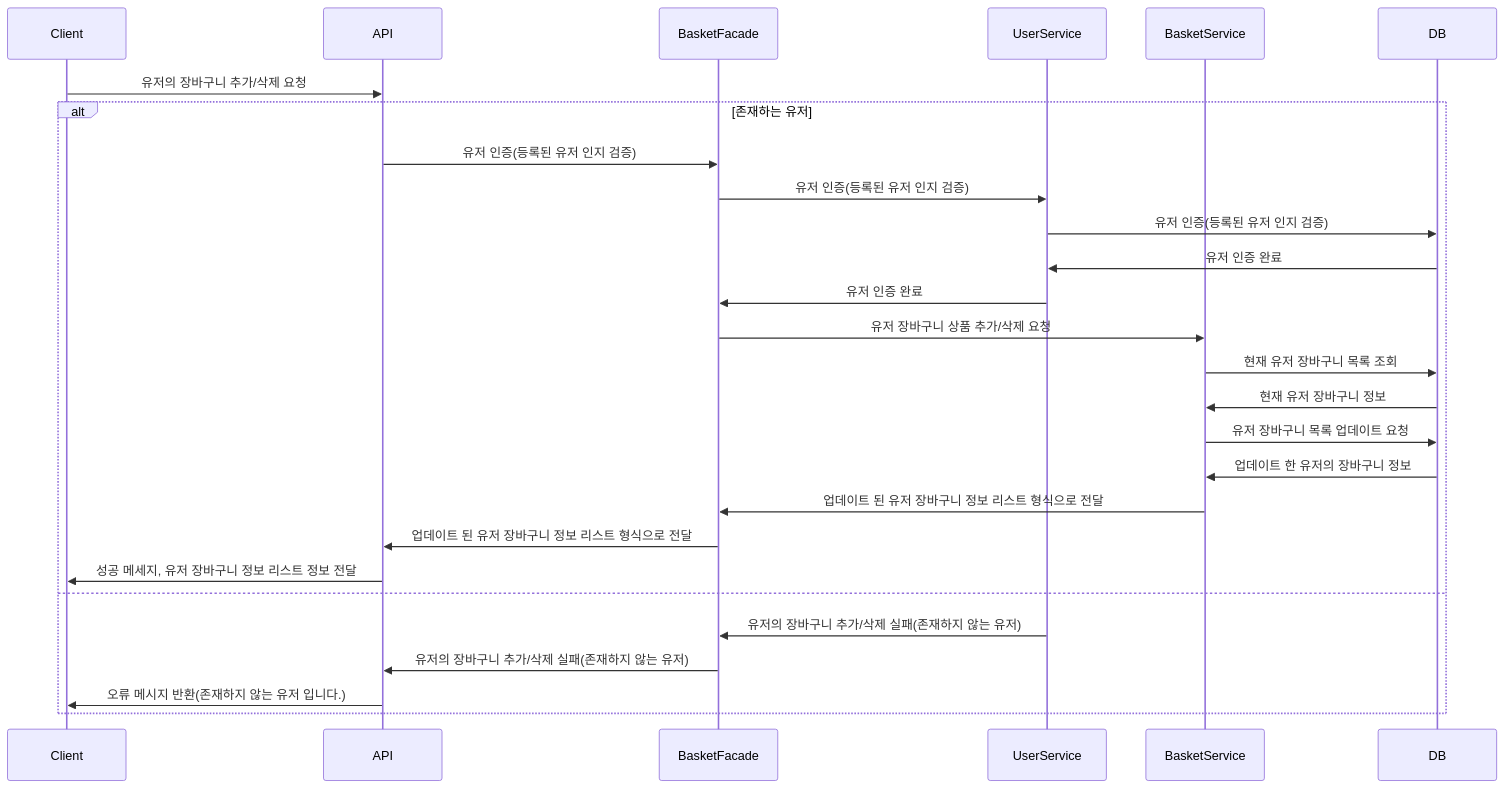
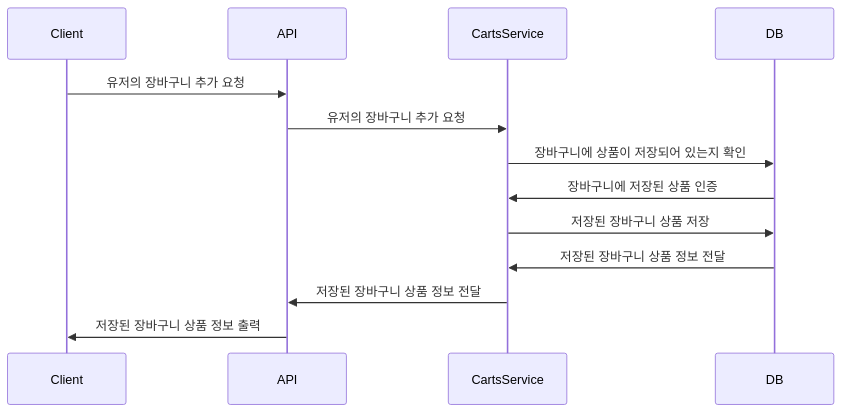
Before and after one commit to LeeJeongGi/hhplus-03-ecommerce: the eighth of 9 diagrams in docs/EventSequence.md, drawn with Mermaid. The commit also changed other lines of this file and 125 other files, not shown here.

````diff
--- a/docs/EventSequence.md
+++ b/docs/EventSequence.md
@@ -264,30 +246,17 @@
 ```mermaid
 sequenceDiagram
     participant Client
     participant API
-    participant BasketFacade
-    participant UserService
-    participant BasketService
+    participant CartsService
     participant DB
 
-    Client ->> API:유저의 장바구니 추가/삭제 요청
-    alt 존재하는 유저
-        API ->> BasketFacade: 유저 인증(등록된 유저 인지 검증)
-        BasketFacade ->> UserService: 유저 인증(등록된 유저 인지 검증)
-        UserService ->> DB: 유저 인증(등록된 유저 인지 검증)
-        DB ->> UserService: 유저 인증 완료
-        UserService ->> BasketFacade: 유저 인증 완료
-        BasketFacade ->> BasketService: 유저 장바구니 상품 추가/삭제 요청
-        BasketService ->> DB: 현재 유저 장바구니 목록 조회
-        DB ->> BasketService: 현재 유저 장바구니 정보
-        BasketService ->> DB: 유저 장바구니 목록 업데이트 요청
-        DB ->> BasketService: 업데이트 한 유저의 장바구니 정보
-        BasketService ->> BasketFacade: 업데이트 된 유저 장바구니 정보 리스트 형식으로 전달
-        BasketFacade ->> API: 업데이트 된 유저 장바구니 정보 리스트 형식으로 전달
-        API ->> Client: 성공 메세지, 유저 장바구니 정보 리스트 정보 전달
-    else
-        UserService ->> BasketFacade: 유저의 장바구니 추가/삭제 실패(존재하지 않는 유저)
-        BasketFacade ->> API: 유저의 장바구니 추가/삭제 실패(존재하지 않는 유저)
-        API ->> Client: 오류 메시지 반환(존재하지 않는 유저 입니다.)
-    end
+    Client ->> API: 유저의 장바구니 추가 요청
+    API ->> CartsService: 유저의 장바구니 추가 요청
+    CartsService ->> DB: 장바구니에 상품이 저장되어 있는지 확인
+    DB ->> CartsService: 장바구니에 저장된 상품 인증
+    CartsService ->> DB: 저장된 장바구니 상품 저장
+    DB ->> CartsService: 저장된 장바구니 상품 정보 전달
+    CartsService ->> API: 저장된 장바구니 상품 정보 전달
+    API ->> Client: 저장된 장바구니 상품 정보 출력
+    
 ```
````
